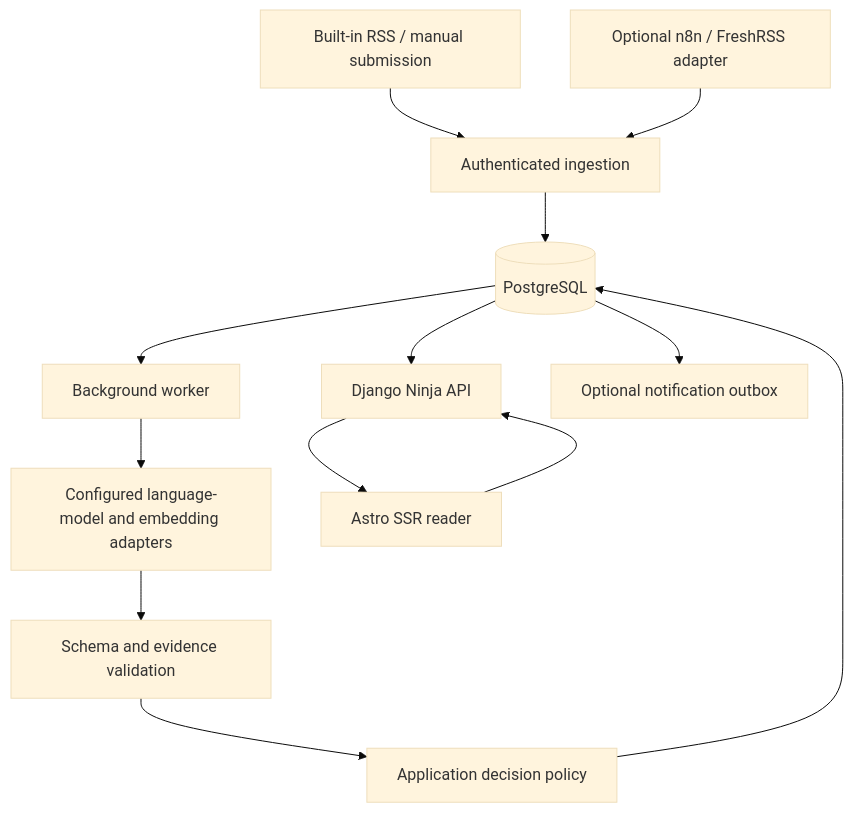
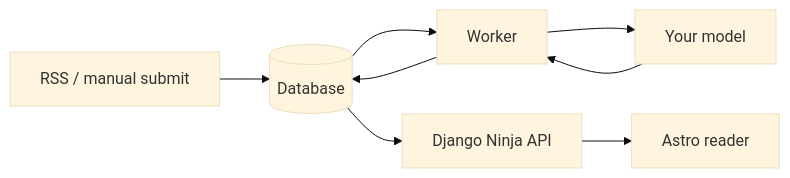
The diagram in docs/architecture.md (gaferneira/delta-feed), drawn with Mermaid (base theme) before and after one commit. The commit also changed other lines of this file and 70 other files, not shown here.

````diff
--- a/docs/architecture.md
+++ b/docs/architecture.md
@@ -9,15 +7,10 @@
 ```mermaid
-flowchart TD
-  RSS[Built-in RSS / manual submission] --> IN[Authenticated ingestion]
-  N8N[Optional n8n / FreshRSS adapter] --> IN
-  IN --> DB[(PostgreSQL)]
-  DB --> W[Background worker]
-  W --> L[Configured language-model and embedding adapters]
-  L --> V[Schema and evidence validation]
-  V --> P[Application decision policy]
-  P --> DB
+flowchart LR
+  RSS[RSS / manual submit] --> DB[(Database)]
+  DB --> W[Worker]
+  W --> M[Your model]
+  M --> W
+  W --> DB
   DB --> API[Django Ninja API]
-  API --> WEB[Astro SSR reader]
-  WEB --> API
-  DB --> OUT[Optional notification outbox]
+  API --> WEB[Astro reader]
 ```
````
